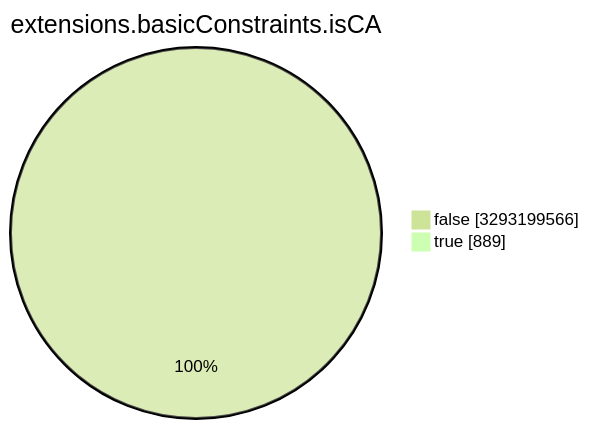
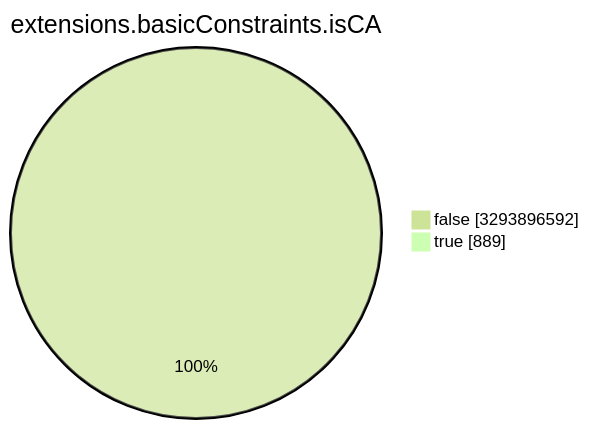
Before and after one commit to christiankrug/ctmonitor_visualization: the seventh of 15 diagrams in TOTAL/README.md, drawn with Mermaid (forest theme). The commit also changed other lines of this file, not shown here.

````diff
--- a/TOTAL/README.md
+++ b/TOTAL/README.md
@@ -3089,6 +3089,6 @@
 ```mermaid
 pie showData
 title extensions.basicConstraints.isCA
-"false" :3293199566
+"false" :3293896592
 "true" :889
 ```
````
